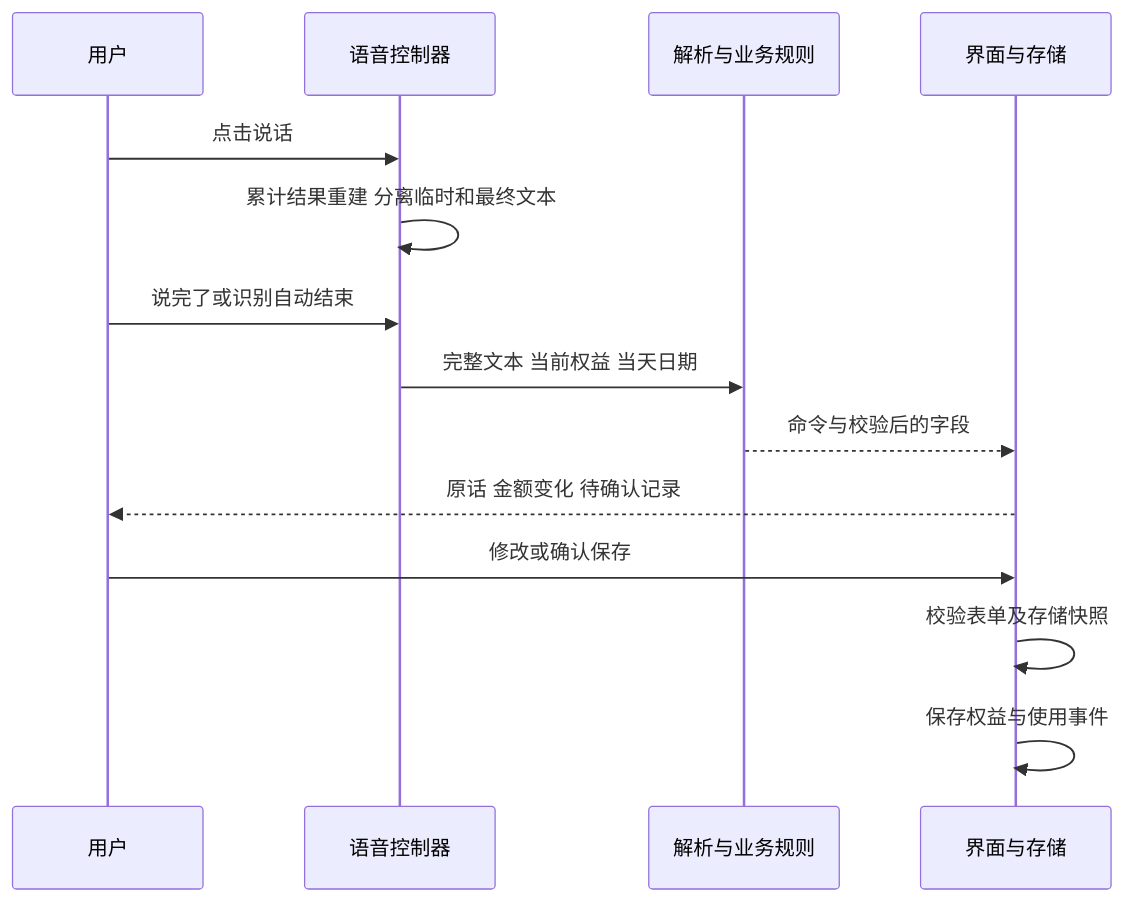
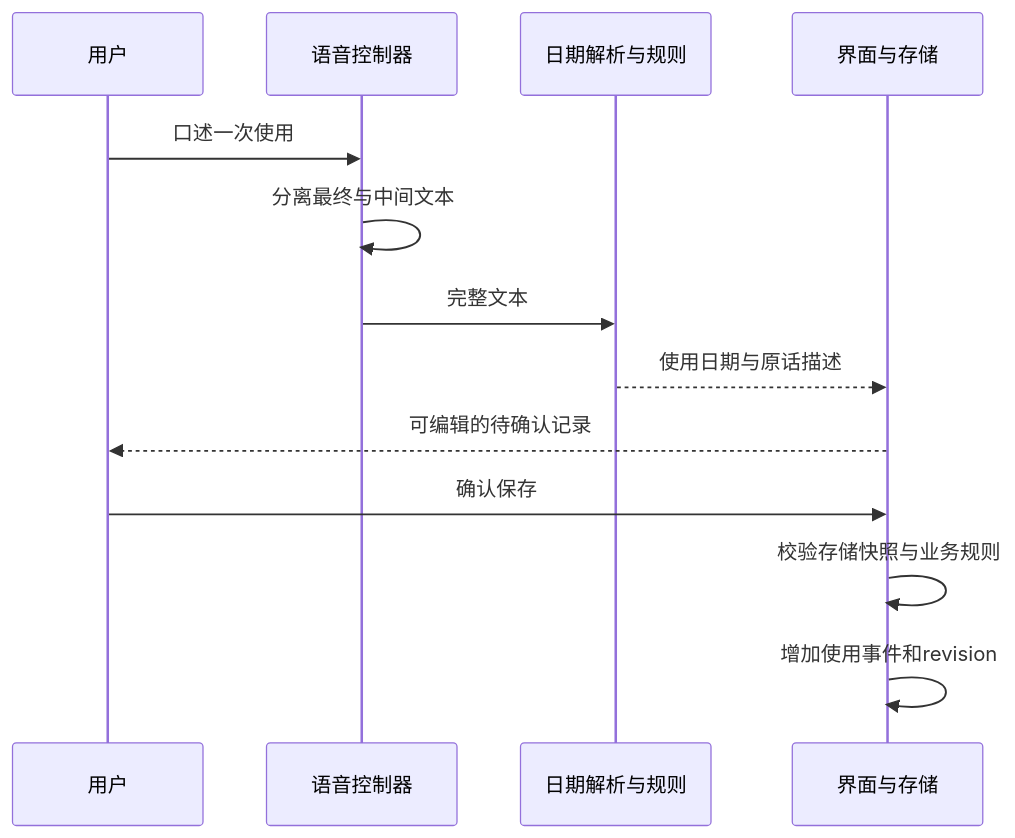
One commit to peach-HT/yu changed the second of 2 diagrams in docs/architecture.md. Above: the diagram before and after it, drawn with Mermaid. The commit also changed other lines of this file and 20 other files, not shown here.

````diff
--- a/docs/architecture.md
+++ b/docs/architecture.md
@@ -25,16 +21,15 @@
 ```mermaid
 sequenceDiagram
     participant U as 用户
-    participant S as 语音控制器
-    participant P as 解析与业务规则
+    participant V as 语音控制器
+    participant R as 日期解析与规则
     participant A as 界面与存储
-    U->>S: 点击说话
-    S->>S: 累计结果重建 分离临时和最终文本
-    U->>S: 说完了或识别自动结束
-    S->>P: 完整文本 当前权益 当天日期
-    P-->>A: 命令与校验后的字段
-    A-->>U: 原话 金额变化 待确认记录
-    U->>A: 修改或确认保存
-    A->>A: 校验表单及存储快照
-    A->>A: 保存权益与使用事件
+    U->>V: 口述一次使用
+    V->>V: 分离最终与中间文本
+    V->>R: 完整文本
+    R-->>A: 使用日期与原话描述
+    A-->>U: 可编辑的待确认记录
+    U->>A: 确认保存
+    A->>A: 校验存储快照与业务规则
+    A->>A: 增加使用事件和revision
 ```
````
